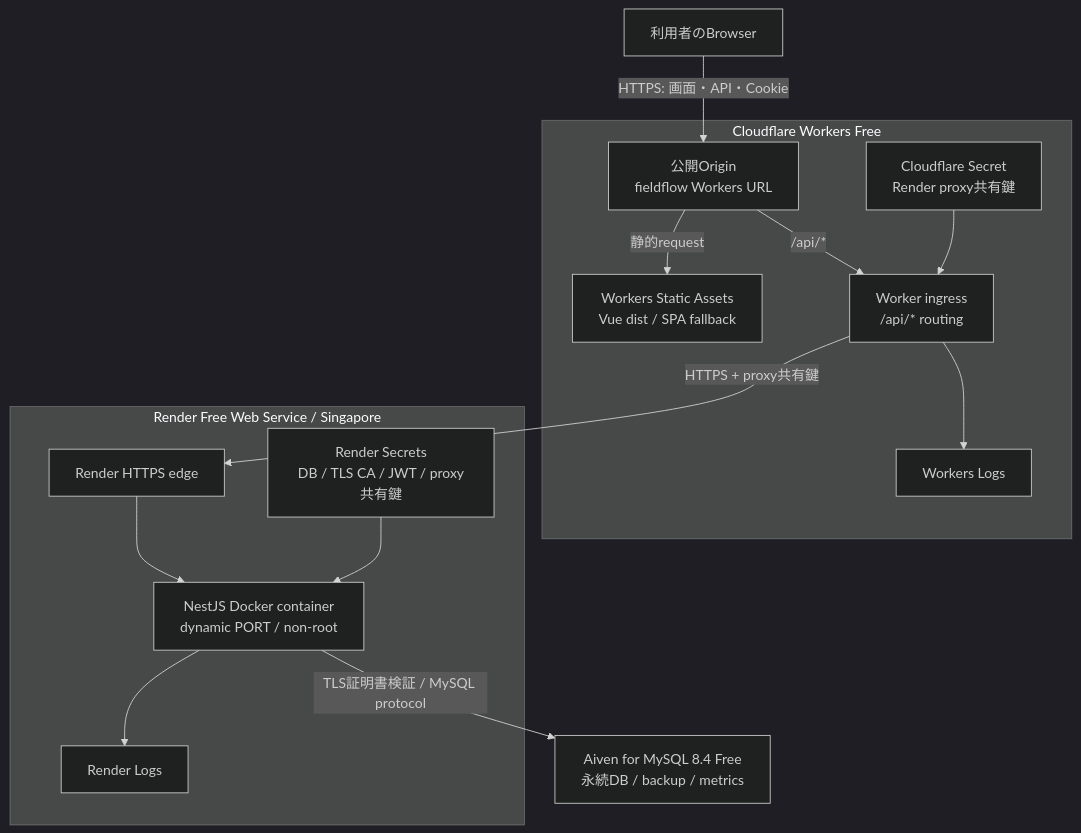
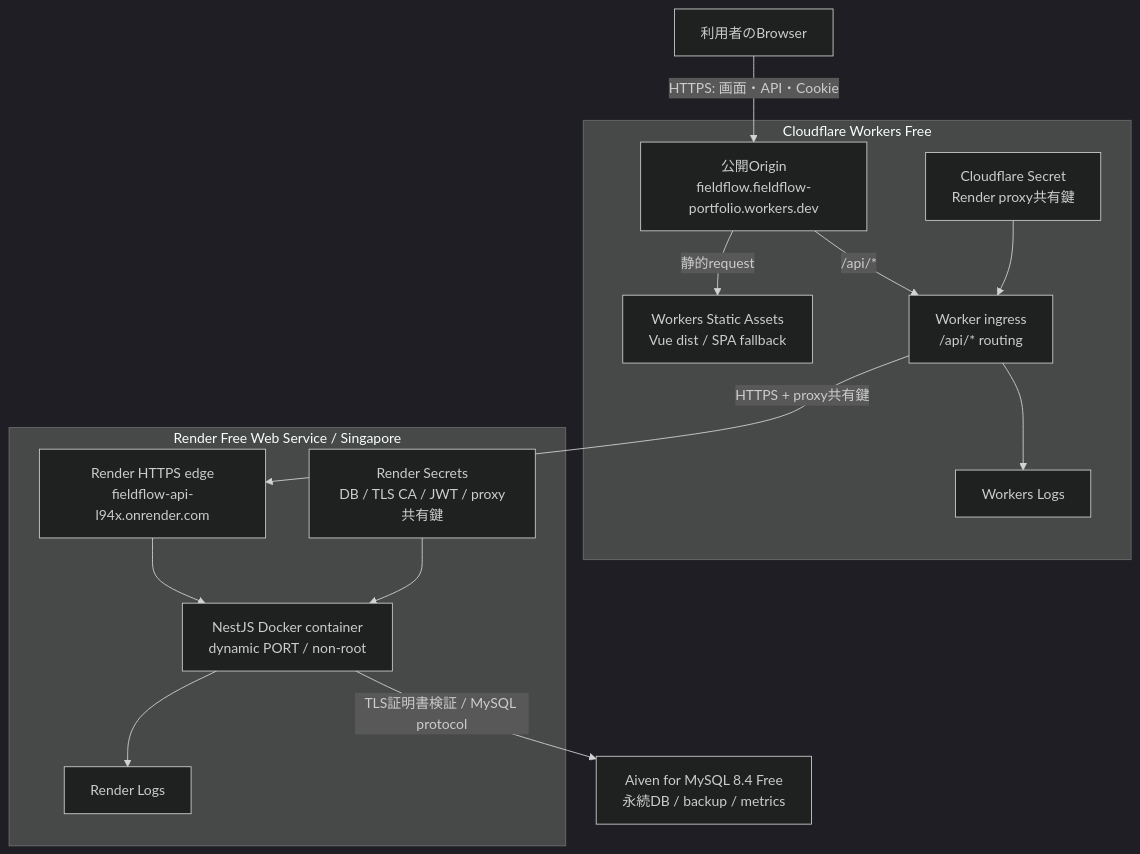
One commit to Hiroyuki-12/FieldFlow changed the first of 2 diagrams in docs/design/cloudflare-architecture.md. Above: the diagram before and after it, drawn with Mermaid (dark theme). The commit also changed 5 other files, not shown here.

````diff
--- a/docs/design/cloudflare-architecture.md
+++ b/docs/design/cloudflare-architecture.md
@@ -11,32 +11,32 @@
 ```mermaid
 flowchart TD
     U[利用者のBrowser]
 
     subgraph CF[Cloudflare Workers Free]
-        ORIGIN[公開Origin<br/>fieldflow Workers URL]
+        ORIGIN[公開Origin<br/>fieldflow.fieldflow-portfolio.workers.dev]
         ASSET[Workers Static Assets<br/>Vue dist / SPA fallback]
         WORKER[Worker ingress<br/>/api/* routing]
         CFSECRET[Cloudflare Secret<br/>Render proxy共有鍵]
         WLOG[Workers Logs]
     end
 
     subgraph RENDER[Render Free Web Service / Singapore]
-        REDGE[Render HTTPS edge]
+        REDGE[Render HTTPS edge<br/>fieldflow-api-l94x.onrender.com]
         API[NestJS Docker container<br/>dynamic PORT / non-root]
         RSECRET[Render Secrets<br/>DB / TLS CA / JWT / proxy共有鍵]
         RLOG[Render Logs]
     end
 
     AIVEN[Aiven for MySQL 8.4 Free<br/>永続DB / backup / metrics]
 
     U -->|HTTPS: 画面・API・Cookie| ORIGIN
     ORIGIN -->|静的request| ASSET
     ORIGIN -->|/api/*| WORKER
     CFSECRET --> WORKER
     WORKER -->|HTTPS + proxy共有鍵| REDGE
     REDGE --> API
     RSECRET --> API
     API -->|TLS証明書検証 / MySQL protocol| AIVEN
     WORKER --> WLOG
     API --> RLOG
 ```
````
